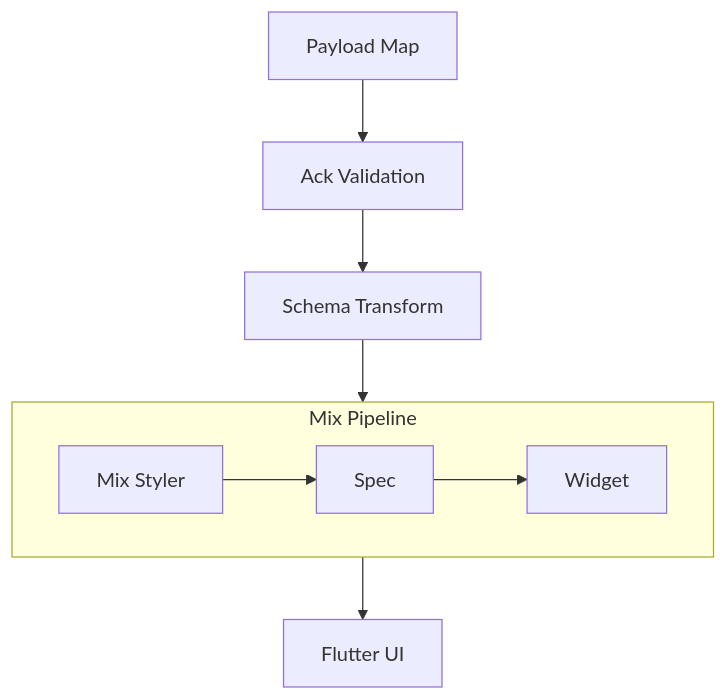
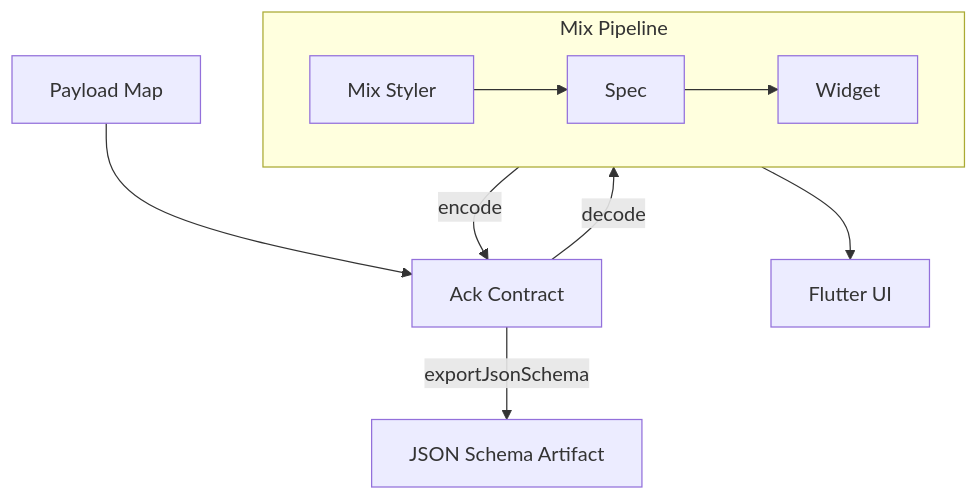
Before and after one commit to btwld/mix: the diagram in website/src/content/documentation/ecosystem/mix-schema.mdx, drawn with Mermaid. The commit also changed other lines of this file and 7 other files, not shown here.

Commit message:
chore(mix_schema): align codec schema and docs updates

````diff
--- a/website/src/content/documentation/ecosystem/mix-schema.mdx
+++ b/website/src/content/documentation/ecosystem/mix-schema.mdx
@@ -22,13 +26,14 @@
 ```mermaid
 flowchart TD
-  Payload["Payload Map"] --> Ack["Ack Validation"]
-  Ack --> Transform["Schema Transform"]
-  Transform --> Styler["Mix Styler"]
+  Payload["Payload Map"] --> Ack["Ack Contract"]
+  Ack -->|decode| Styler["Mix Styler"]
+  Styler -->|encode| Ack
+  Ack -->|exportJsonSchema| Artifact["JSON Schema Artifact"]
 
   subgraph mix ["Mix Pipeline"]
     direction LR
     Styler --> Spec["Spec"] --> Widget["Widget"]
   end
 
   mix --> UI["Flutter UI"]
 ```
````
